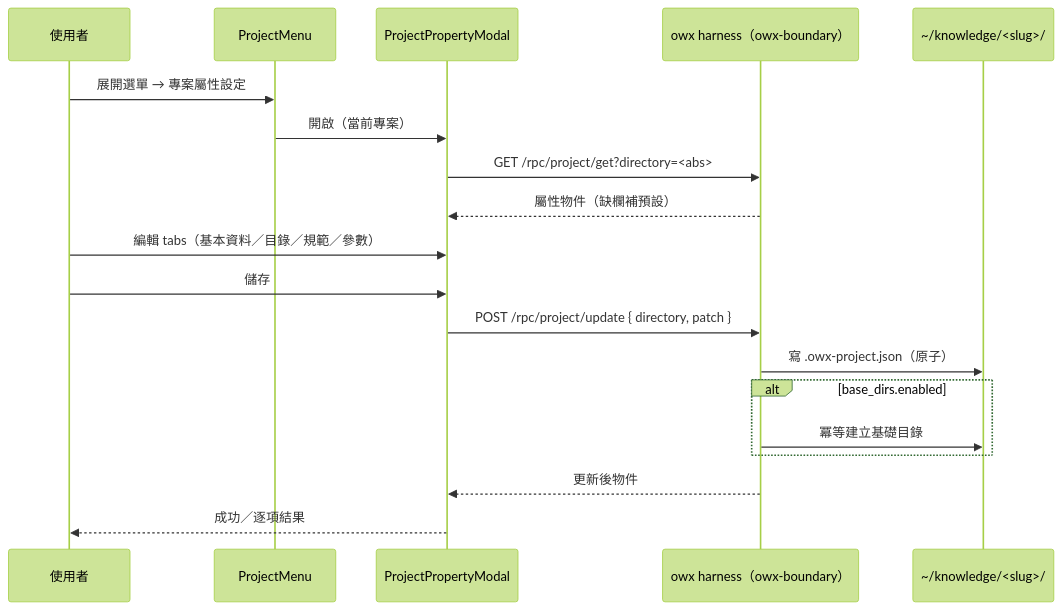
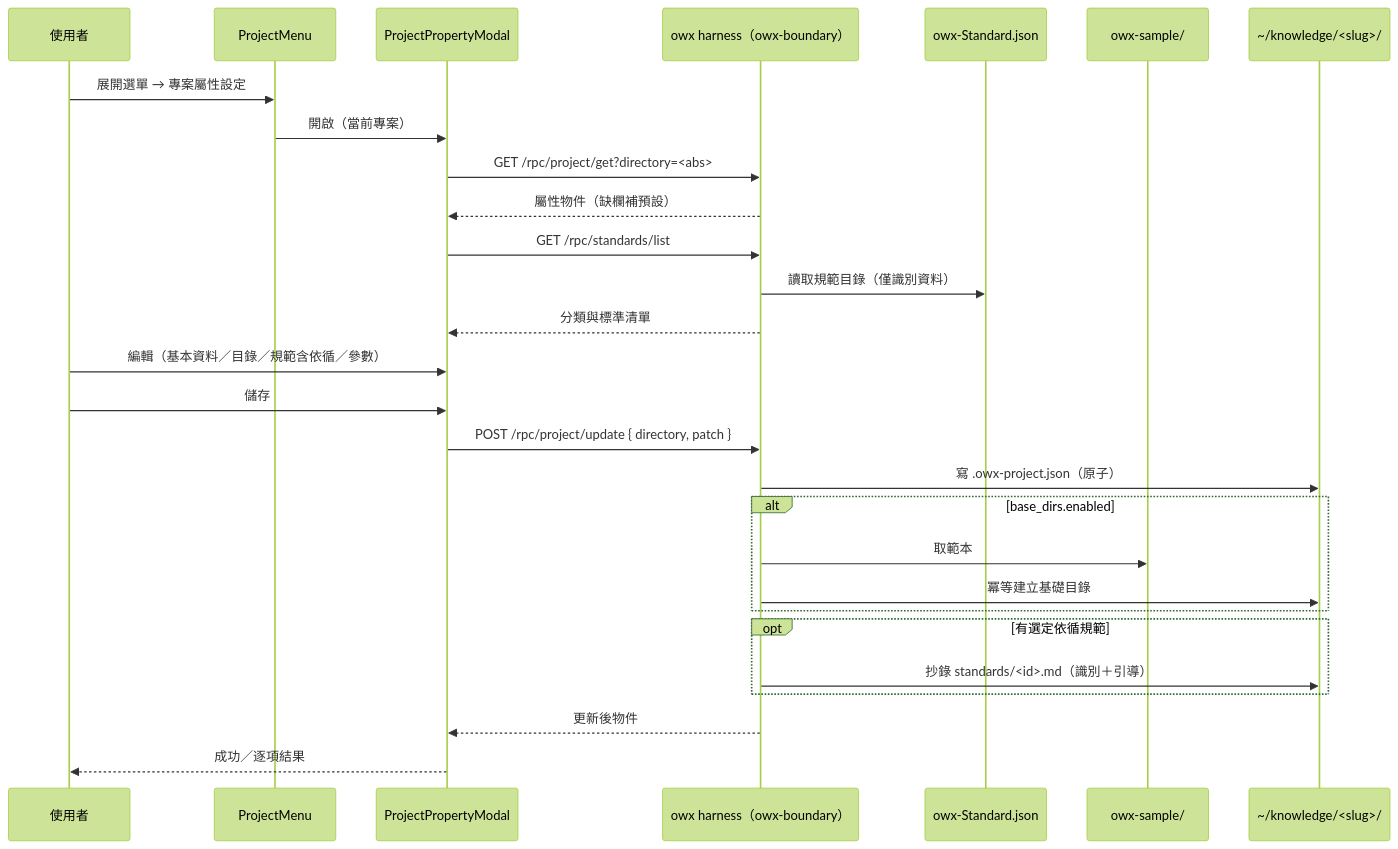
Before and after one commit to DanielChung520/owx: the second of 3 diagrams in docs/spec/project-properties-requirements.md, drawn with Mermaid (forest theme). The commit also changed other lines of this file and 10 other files, not shown here.

````diff
--- a/docs/spec/project-properties-requirements.md
+++ b/docs/spec/project-properties-requirements.md
@@ -410,22 +531,31 @@
 ```mermaid
 sequenceDiagram
     participant U as 使用者
     participant M as ProjectMenu
     participant Modal as ProjectPropertyModal
     participant H as owx harness（owx-boundary）
+    participant STD as owx-Standard.json
+    participant SAMP as owx-sample/
     participant FS as ~/knowledge/<slug>/
 
     U->>M: 展開選單 → 專案屬性設定
     M->>Modal: 開啟（當前專案）
     Modal->>H: GET /rpc/project/get?directory=<abs>
     H-->>Modal: 屬性物件（缺欄補預設）
-    U->>Modal: 編輯 tabs（基本資料／目錄／規範／參數）
+    Modal->>H: GET /rpc/standards/list
+    H->>STD: 讀取規範目錄（僅識別資料）
+    H-->>Modal: 分類與標準清單
+    U->>Modal: 編輯（基本資料／目錄／規範含依循／參數）
     U->>Modal: 儲存
     Modal->>H: POST /rpc/project/update { directory, patch }
     H->>FS: 寫 .owx-project.json（原子）
     alt base_dirs.enabled
+        H->>SAMP: 取範本
         H->>FS: 冪等建立基礎目錄
+    end
+    opt 有選定依循規範
+        H->>FS: 抄錄 standards/<id>.md（識別＋引導）
     end
     H-->>Modal: 更新後物件
     Modal-->>U: 成功／逐項結果
 ```
````
